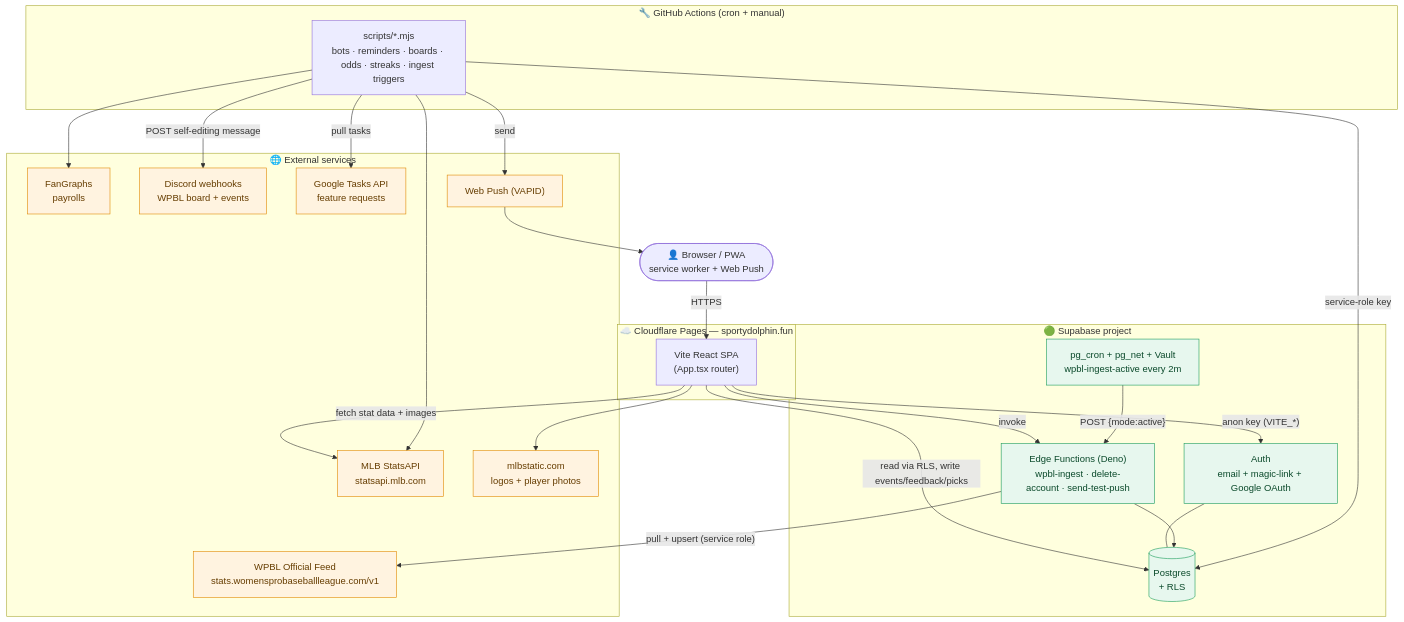
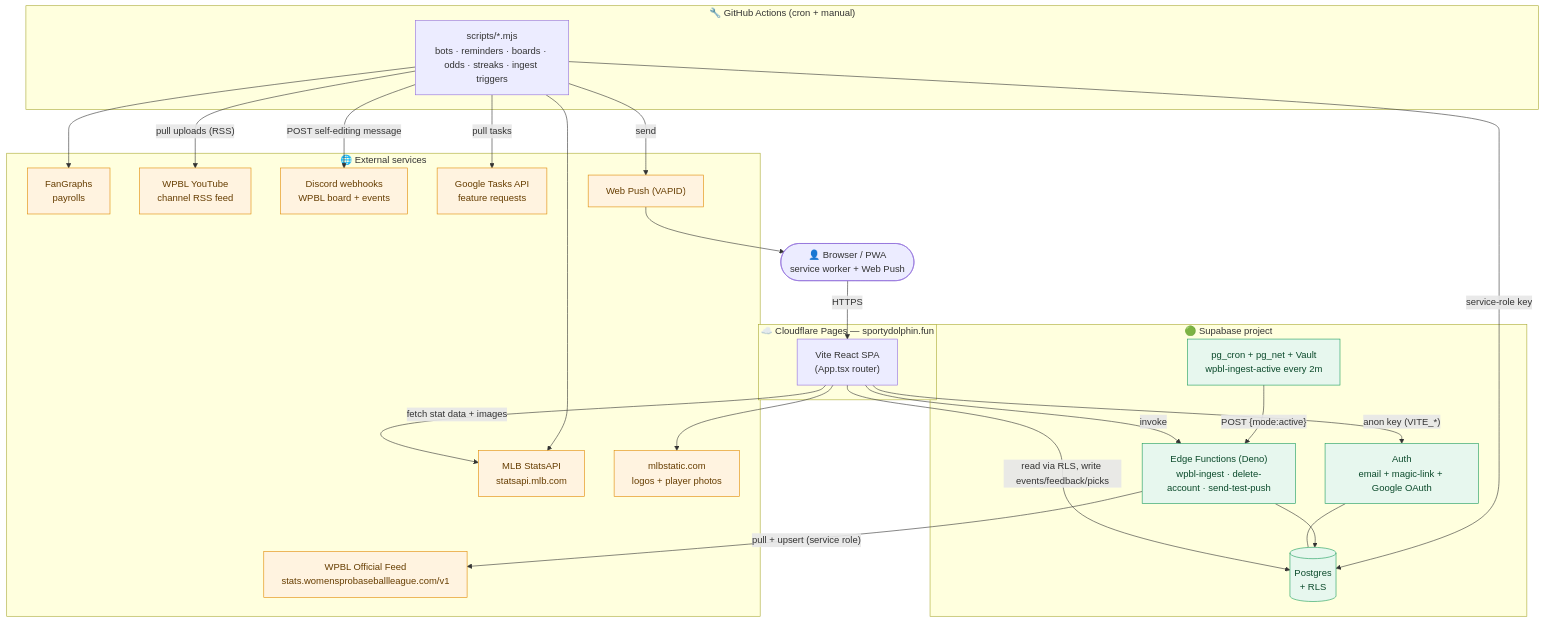
The first of 5 diagrams in ARCHITECTURE.md (sportydolphin/fun), drawn with Mermaid before and after one commit. The commit also changed other lines of this file and 10 other files, not shown here.

First line of the commit message:
WPBL: YouTube highlights — admin-gated rail + per-game recap

````diff
--- a/ARCHITECTURE.md
+++ b/ARCHITECTURE.md
@@ -17,55 +17,57 @@
 ```mermaid
 flowchart TB
     user(["👤 Browser / PWA<br/>service worker + Web Push"])
 
     subgraph CF["☁️ Cloudflare Pages — sportydolphin.fun"]
         spa["Vite React SPA<br/>(App.tsx router)"]
     end
 
     subgraph SB["🟢 Supabase project"]
         auth["Auth<br/>email + magic-link + Google OAuth"]
         db[("Postgres<br/>+ RLS")]
         edge["Edge Functions (Deno)<br/>wpbl-ingest · delete-account · send-test-push"]
         pgcron["pg_cron + pg_net + Vault<br/>wpbl-ingest-active every 2m"]
     end
 
     subgraph GHA["🔧 GitHub Actions (cron + manual)"]
         scripts["scripts/*.mjs<br/>bots · reminders · boards · odds · streaks · ingest triggers"]
     end
 
     subgraph EXT["🌐 External services"]
         mlbapi["MLB StatsAPI<br/>statsapi.mlb.com"]
         mlbcdn["mlbstatic.com<br/>logos + player photos"]
         fangraphs["FanGraphs<br/>payrolls"]
         wpblfeed["WPBL Official Feed<br/>stats.womensprobaseballleague.com/v1"]
+        wpblyt["WPBL YouTube<br/>channel RSS feed"]
         discord["Discord webhooks<br/>WPBL board + events"]
         gtasks["Google Tasks API<br/>feature requests"]
         push["Web Push (VAPID)"]
     end
 
     user -->|HTTPS| spa
     spa -->|"anon key (VITE_*)"| auth
     spa -->|"read via RLS, write events/feedback/picks"| db
     spa -->|"invoke"| edge
     spa -->|"fetch stat data + images"| mlbapi
     spa --> mlbcdn
 
     auth --- db
 
     pgcron -->|"POST {mode:active}"| edge
     edge -->|"pull + upsert (service role)"| wpblfeed
     edge --> db
 
     scripts -->|"service-role key"| db
     scripts --> mlbapi
     scripts --> fangraphs
     scripts -->|"POST self-editing message"| discord
+    scripts -->|"pull uploads (RSS)"| wpblyt
     scripts -->|"pull tasks"| gtasks
     scripts -->|"send"| push
     push --> user
 
     classDef ext fill:#fff3e0,stroke:#e08a00,color:#663d00;
     classDef sb fill:#e7f7ee,stroke:#1a9c5b,color:#0b4a2b;
-    class mlbapi,mlbcdn,fangraphs,wpblfeed,discord,gtasks,push ext;
+    class mlbapi,mlbcdn,fangraphs,wpblfeed,wpblyt,discord,gtasks,push ext;
     class auth,db,edge,pgcron sb;
 ```
````
